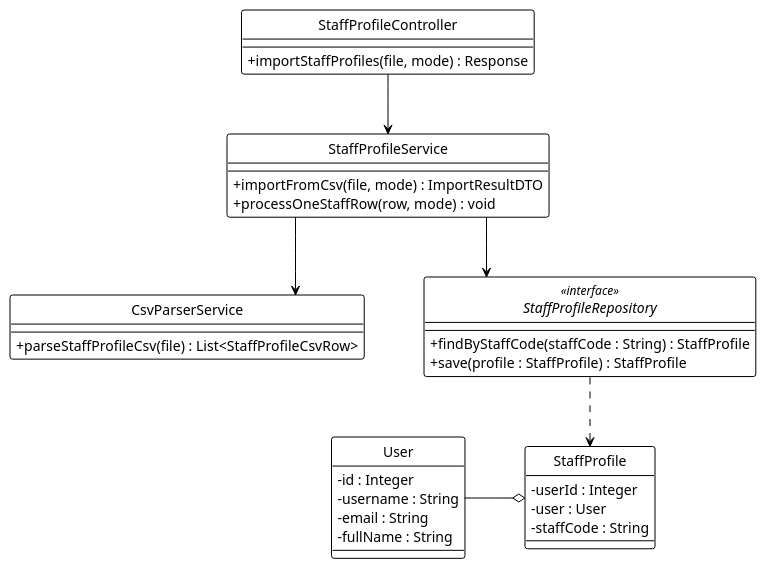
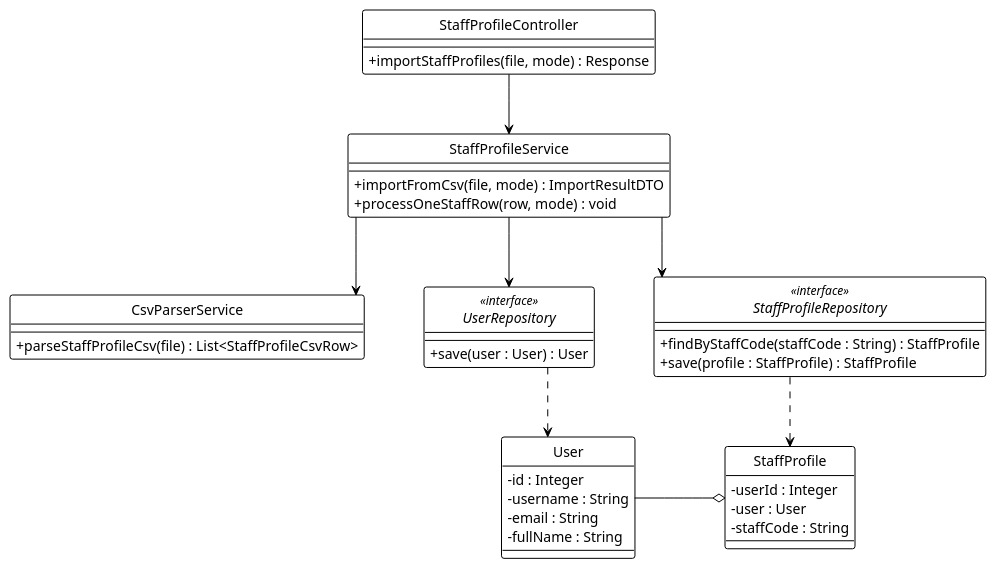
One commit to Ndh474/context changed the diagram in system_detailed_design/54_import_csv_staff/class_diagram_import_csv_staff.puml. Above: the diagram before and after it, drawn with PlantUML. The commit also changed 14 other files, not shown here.

Commit message:
docs: Add system detailed design sequence and class diagrams for student and staff management features.

```diff
--- a/system_detailed_design/54_import_csv_staff/class_diagram_import_csv_staff.puml
+++ b/system_detailed_design/54_import_csv_staff/class_diagram_import_csv_staff.puml
@@ -1,57 +1,63 @@
 @startuml import_csv_staff
 !theme plain
 hide circle
 skinparam classAttributeIconSize 0
 
 ' --- CẤU HÌNH "ORTHO" (BẮT BUỘC) ---
 skinparam linetype ortho
 skinparam nodesep 60
 skinparam ranksep 60
 
 ' --- CONTROLLER ---
 class StaffProfileController {
   + importStaffProfiles(file, mode) : Response
 }
 
 ' --- SERVICE ---
 class StaffProfileService {
   + importFromCsv(file, mode) : ImportResultDTO
   + processOneStaffRow(row, mode) : void
 }
 
 class CsvParserService {
   + parseStaffProfileCsv(file) : List<StaffProfileCsvRow>
 }
 
 ' --- REPOSITORY ---
 interface StaffProfileRepository <<interface>> {
   + findByStaffCode(staffCode : String) : StaffProfile
   + save(profile : StaffProfile) : StaffProfile
 }
 
+interface UserRepository <<interface>> {
+  + save(user : User) : User
+}
+
 ' --- ENTITIES ---
 class StaffProfile {
   - userId : Integer
   - user : User
   - staffCode : String
 }
 
 class User {
   - id : Integer
   - username : String
   - email : String
   - fullName : String
 }
 
 ' --- DEPENDENCY INJECTION (Association) ---
 StaffProfileController -down-> StaffProfileService
 StaffProfileService -down-> CsvParserService
 StaffProfileService -down-> StaffProfileRepository
+StaffProfileService -down-> UserRepository
 
 ' --- REPOSITORY USAGE (Dependency) ---
 StaffProfileRepository .down.> StaffProfile
+UserRepository .down.> User
 
 ' --- ENTITY RELATIONSHIPS (Aggregation) ---
 StaffProfile o-left- User
 
 @enduml
```
